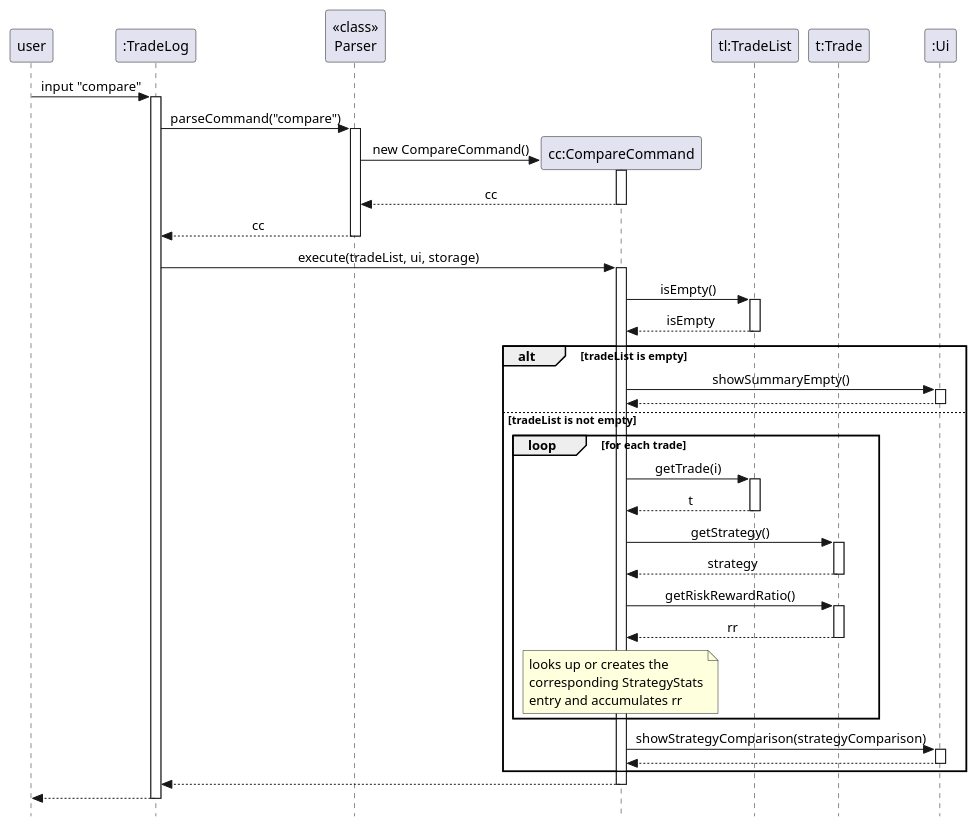
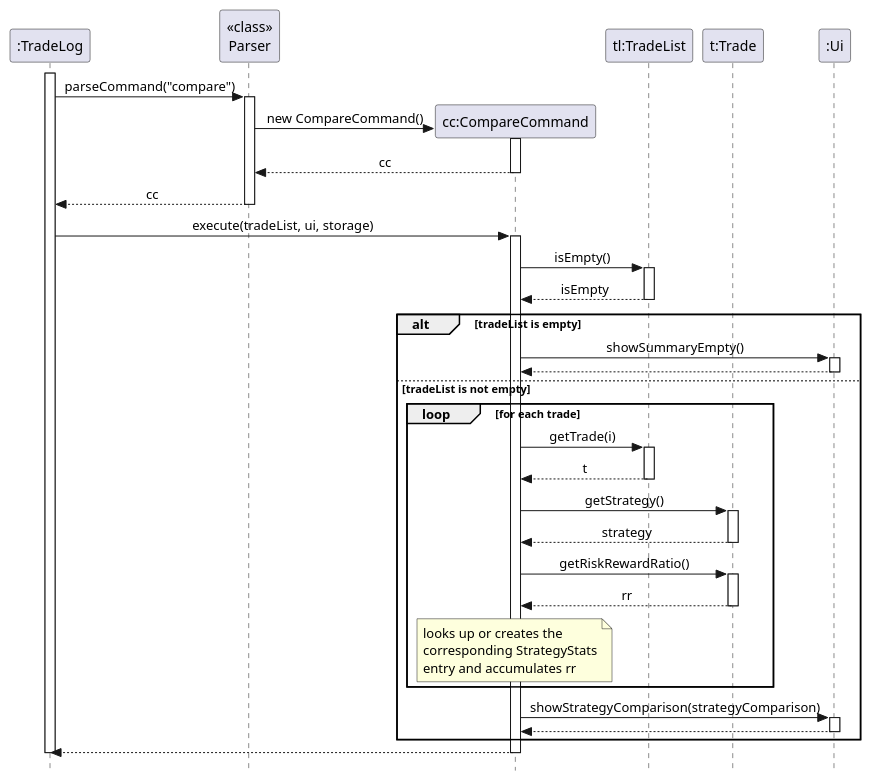
The diagram in docs/diagrams/compare-sequence.puml (AY2526S2-CS2113-T11-2/tp), drawn with PlantUML before and after one commit. The commit also changed 11 other files, not shown here.

Commit message:
Update diagrams

```diff
--- a/docs/diagrams/compare-sequence.puml
+++ b/docs/diagrams/compare-sequence.puml
@@ -1,74 +1,71 @@
 @startuml
 hide footbox
 skinparam Style strictuml
 skinparam SequenceMessageAlign center
 
-participant "user" as User
 participant ":TradeLog" as TradeLog
 participant "<<class>>\nParser" as Parser
 participant "cc:CompareCommand" as CompareCommand
 participant "tl:TradeList" as TradeList
 participant "t:Trade" as Trade
 participant ":Ui" as Ui
 
-User -> TradeLog : input "compare"
 activate TradeLog
 
 TradeLog -> Parser : parseCommand("compare")
 activate Parser
 create CompareCommand
 Parser -> CompareCommand : new CompareCommand()
 activate CompareCommand
 CompareCommand --> Parser : cc
 deactivate CompareCommand
 Parser --> TradeLog : cc
 deactivate Parser
 
 TradeLog -> CompareCommand : execute(tradeList, ui, storage)
 activate CompareCommand
 
 CompareCommand -> TradeList : isEmpty()
 activate TradeList
 TradeList --> CompareCommand : isEmpty
 deactivate TradeList
 
 alt tradeList is empty
     CompareCommand -> Ui : showSummaryEmpty()
     activate Ui
     Ui --> CompareCommand
     deactivate Ui
 else tradeList is not empty
     loop for each trade
         CompareCommand -> TradeList : getTrade(i)
         activate TradeList
         TradeList --> CompareCommand : t
         deactivate TradeList
 
         CompareCommand -> Trade : getStrategy()
         activate Trade
         Trade --> CompareCommand : strategy
         deactivate Trade
 
         CompareCommand -> Trade : getRiskRewardRatio()
         activate Trade
         Trade --> CompareCommand : rr
         deactivate Trade
 
         note over CompareCommand
             looks up or creates the
             corresponding StrategyStats
             entry and accumulates rr
         end note
     end
 
     CompareCommand -> Ui : showStrategyComparison(strategyComparison)
     activate Ui
     Ui --> CompareCommand
     deactivate Ui
 end
 
 CompareCommand --> TradeLog
 deactivate CompareCommand
-TradeLog --> User
 deactivate TradeLog
 @enduml
```
